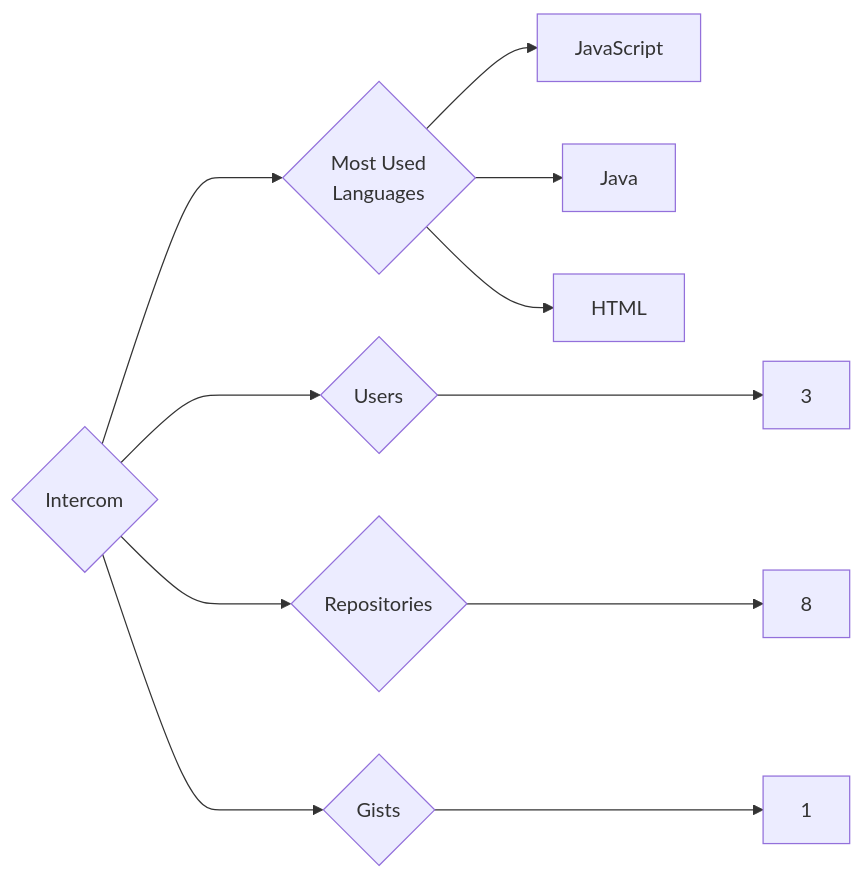
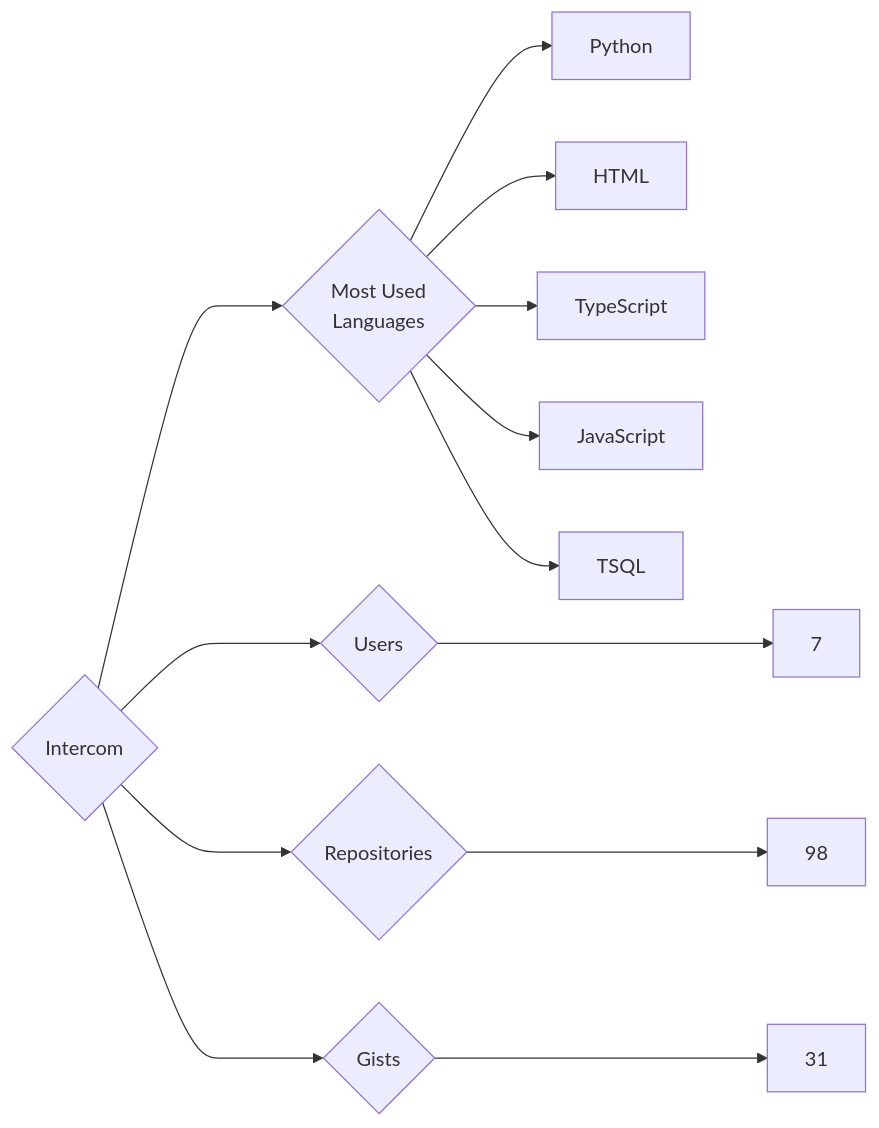
Before and after one commit to trickest/insiders: the diagram in targets/Intercom/README.md, drawn with Mermaid. The commit also changed 1036 other files, not shown here.

````diff
--- a/targets/Intercom/README.md
+++ b/targets/Intercom/README.md
@@ -3,11 +3,13 @@
 ```mermaid
 graph LR
 COMPANY_NAME{Intercom}
-COMPANY_NAME ---> U{Users} ---> UN[3]
-COMPANY_NAME ---> R{Repositories} ---> RN[8]
-COMPANY_NAME ---> G{Gists} ---> GN[1]
+COMPANY_NAME ---> U{Users} ---> UN[7]
+COMPANY_NAME ---> R{Repositories} ---> RN[98]
+COMPANY_NAME ---> G{Gists} ---> GN[31]
 COMPANY_NAME ---> ML{Most Used<br>Languages}
+ML --> Python[Python]
+ML --> HTML[HTML]
+ML --> TypeScript[TypeScript]
 ML --> JavaScript[JavaScript]
-ML --> Java[Java]
-ML --> HTML[HTML]
+ML --> TSQL[TSQL]
 ```
````
